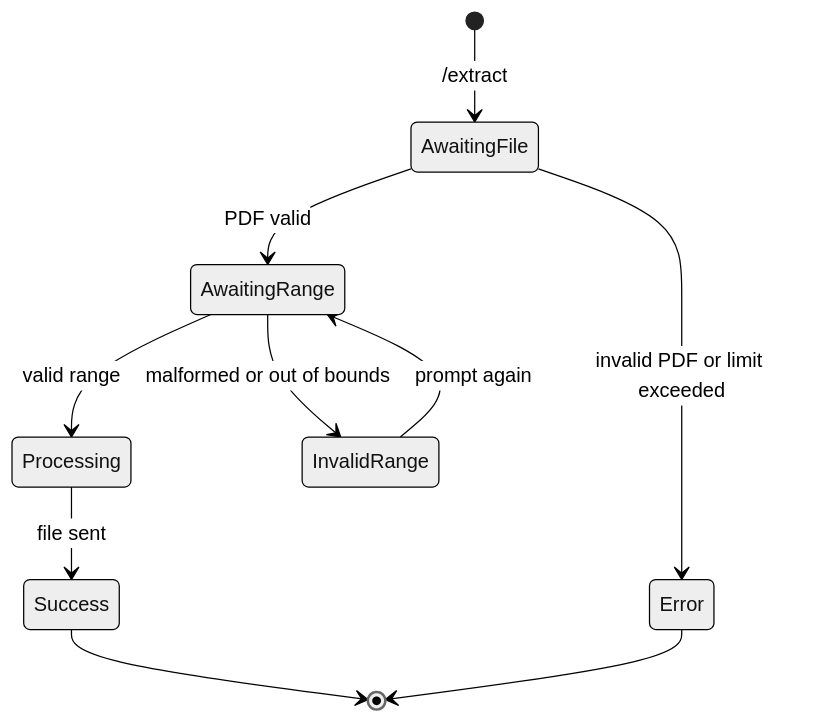
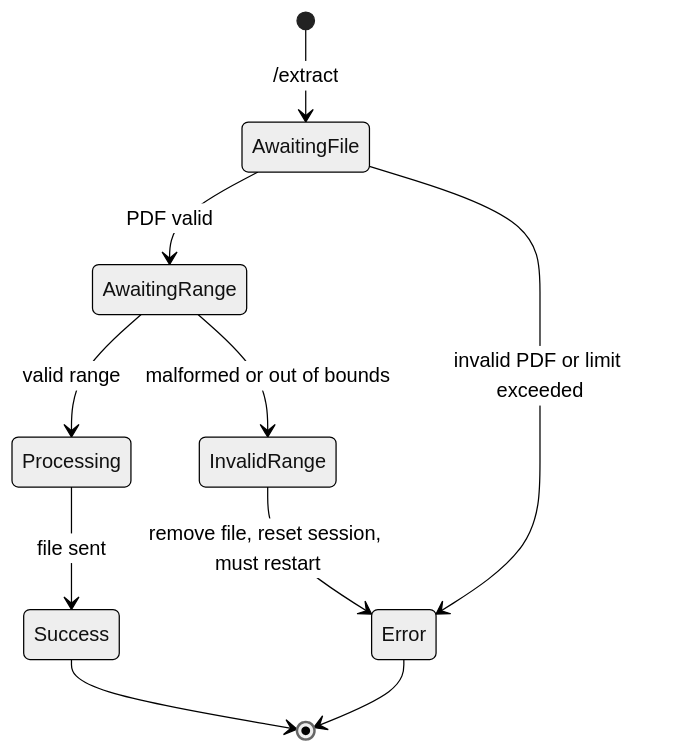
One commit to gabrielrufino/pdf-studio-bot changed the second of 2 diagrams in docs/extract.md. Above: the diagram before and after it, drawn with Mermaid (neutral theme). The commit also changed 7 other files, not shown here.

````diff
--- a/docs/extract.md
+++ b/docs/extract.md
@@ -44,12 +44,12 @@
 ```mermaid
 stateDiagram-v2
     [*] --> AwaitingFile : /extract
     AwaitingFile --> AwaitingRange : PDF valid
     AwaitingFile --> Error : invalid PDF or limit exceeded
     AwaitingRange --> Processing : valid range
     AwaitingRange --> InvalidRange : malformed or out of bounds
-    InvalidRange --> AwaitingRange : prompt again
+    InvalidRange --> Error : remove file, reset session, must restart
     Processing --> Success : file sent
     Success --> [*]
     Error --> [*]
 ```
````
